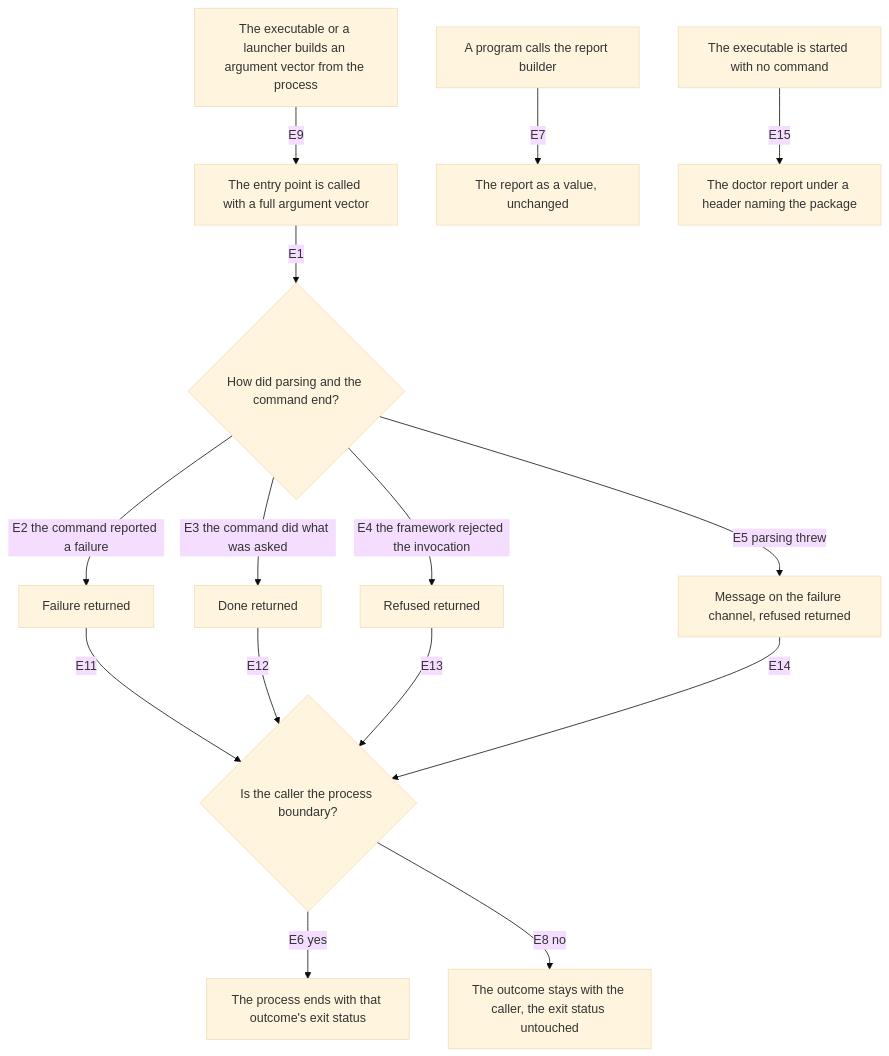
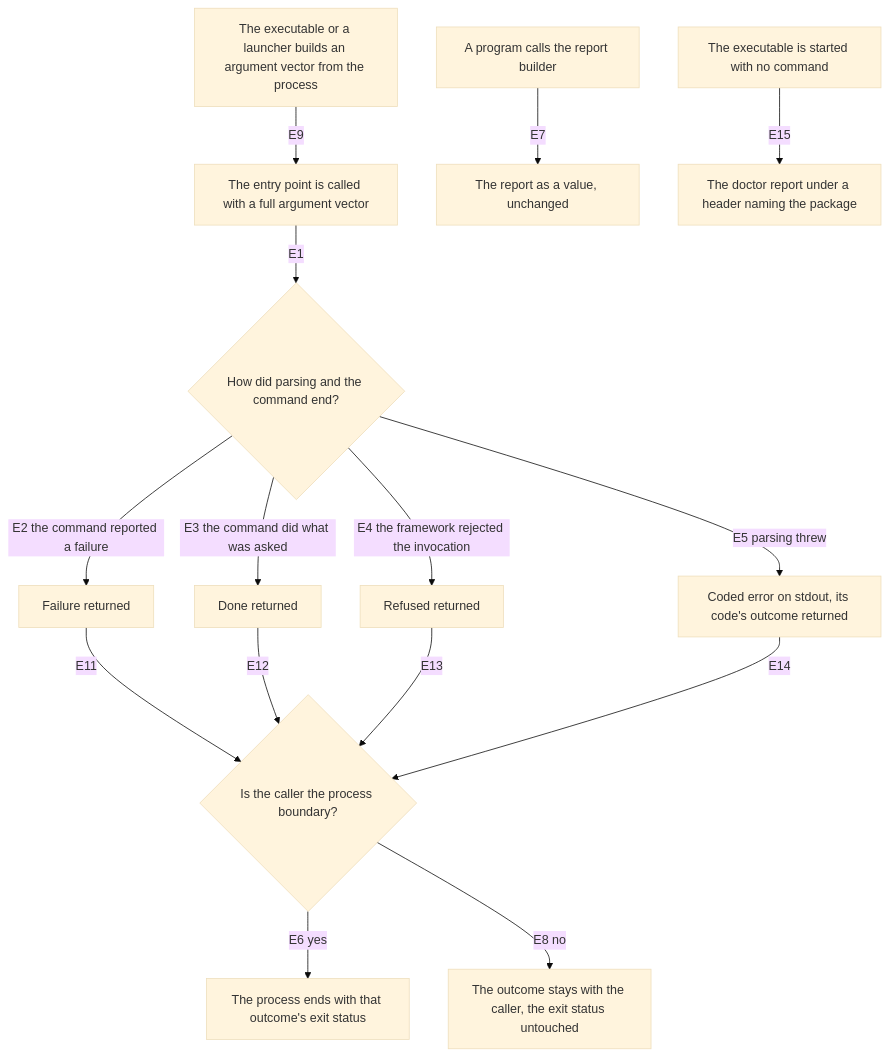
The diagram in packages/buddy-agent-harness/.agents/spec/entry-point/graph.md (repobuddy/buddy-agent-harness), drawn with Mermaid (base theme) before and after one commit. The commit also changed 29 other files, not shown here.

````diff
--- a/packages/buddy-agent-harness/.agents/spec/entry-point/graph.md
+++ b/packages/buddy-agent-harness/.agents/spec/entry-point/graph.md
@@ -5,17 +5,17 @@
 ```mermaid
 flowchart TD
   A[The executable or a launcher builds an argument vector from the process] -->|E9| B
   B[The entry point is called with a full argument vector] -->|E1| P{How did parsing and the command end?}
   P -->|E2 the command reported a failure| O1[Failure returned]
   P -->|E3 the command did what was asked| O2[Done returned]
   P -->|E4 the framework rejected the invocation| O3[Refused returned]
-  P -->|E5 parsing threw| O4[Message on the failure channel, refused returned]
+  P -->|E5 parsing threw| O4[Coded error on stdout, its code's outcome returned]
   O1 -->|E11| K{Is the caller the process boundary?}
   O2 -->|E12| K
   O3 -->|E13| K
   O4 -->|E14| K
   K -->|E6 yes| O5[The process ends with that outcome's exit status]
   K -->|E8 no| O6[The outcome stays with the caller, the exit status untouched]
   RB[A program calls the report builder] -->|E7| O7[The report as a value, unchanged]
   BI[The executable is started with no command] -->|E15| O8[The doctor report under a header naming the package]
 ```
````
